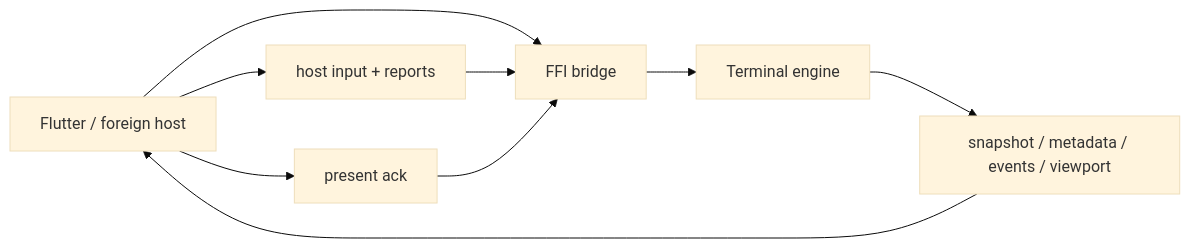
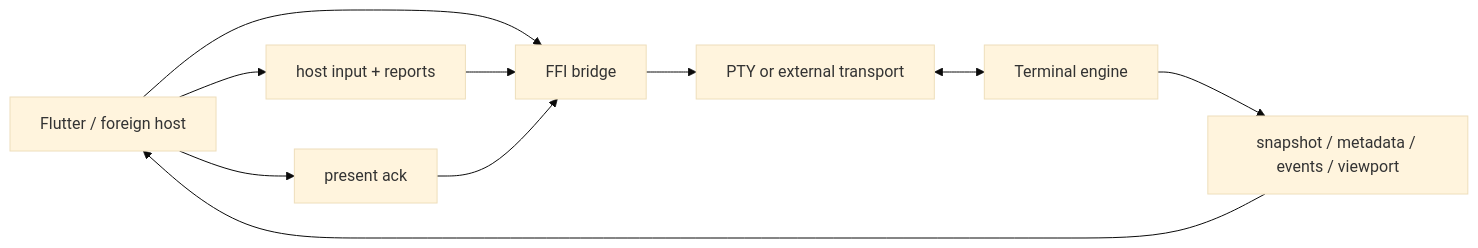
The fourth of 4 diagrams in app_architecture/terminal/TERMINAL_SUBSYSTEM_LAYERS.md (LaurenceGuws/Zide), drawn with Mermaid (base theme) before and after one commit. The commit also changed other lines of this file and 3 other files, not shown here.

Commit message:
Polish terminal architecture authority docs

````diff
--- a/app_architecture/terminal/TERMINAL_SUBSYSTEM_LAYERS.md
+++ b/app_architecture/terminal/TERMINAL_SUBSYSTEM_LAYERS.md
@@ -286,11 +287,12 @@
 ```mermaid
 flowchart LR
     Host["Flutter / foreign host"] --> Bridge["FFI bridge"]
     Host --> Input["host input + reports"]
     Input --> Bridge
-    Bridge --> Engine["Terminal engine"]
+    Bridge --> Transport["PTY or external transport"]
+    Transport <--> Engine["Terminal engine"]
     Engine --> State["snapshot / metadata / events / viewport"]
     State --> Host
     Host --> Ack["present ack"]
     Ack --> Bridge
 ```
````
